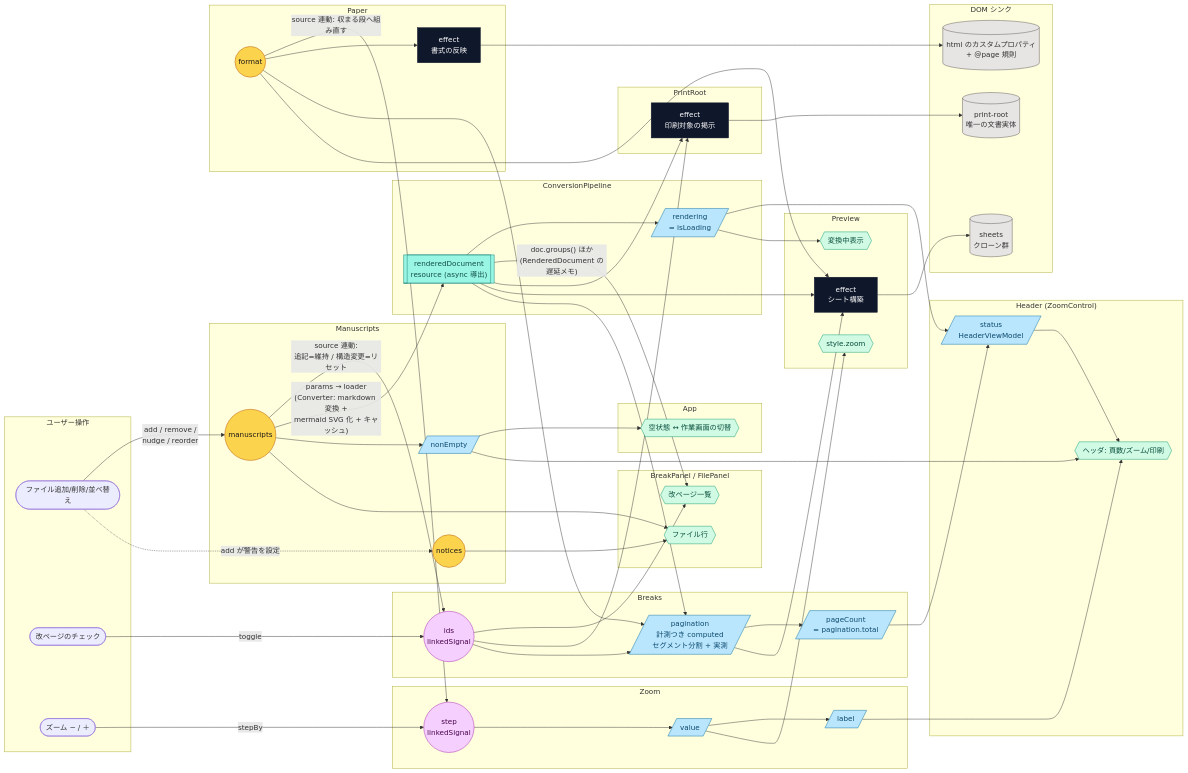
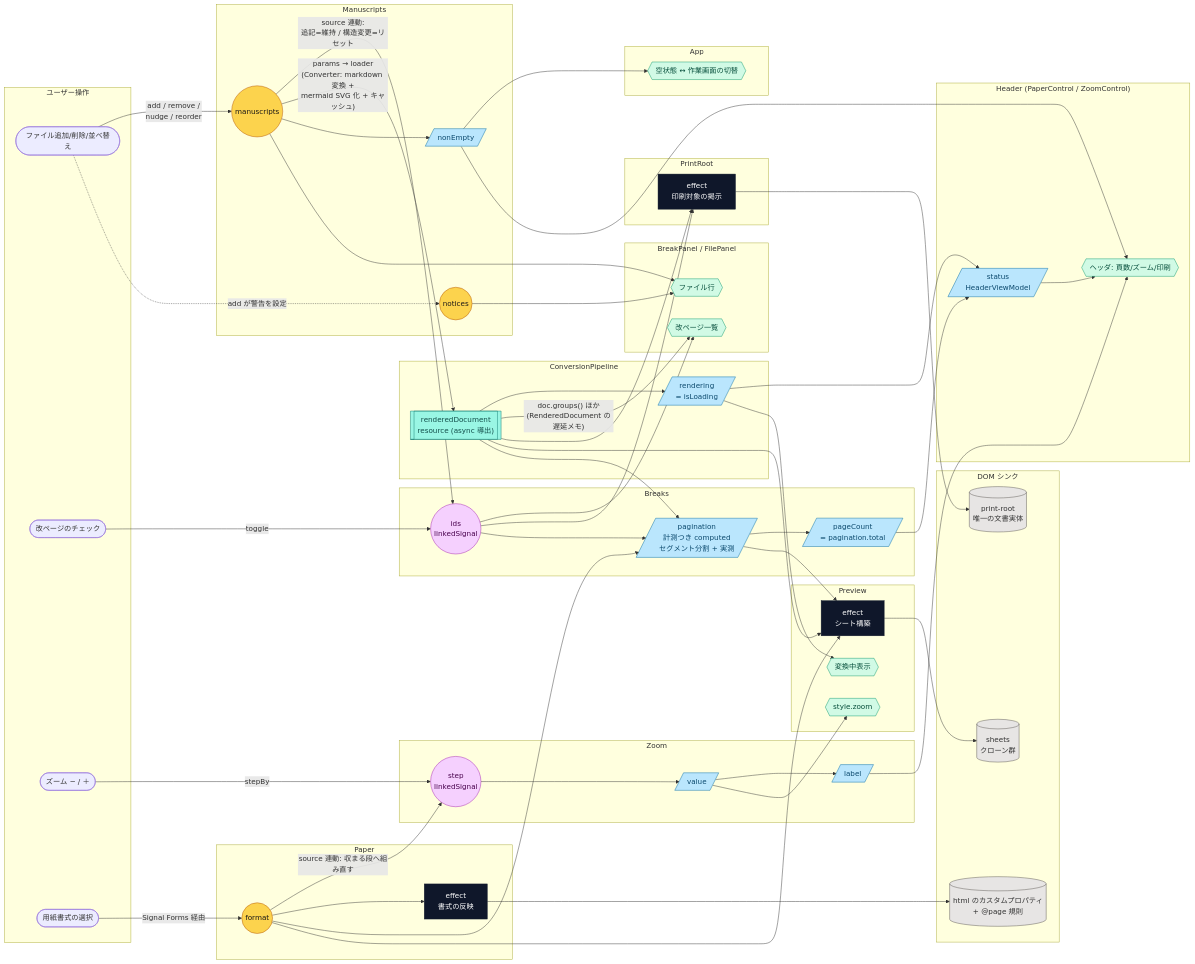
One commit to lacolaco/printmd changed the diagram in docs/signal-graph.md. Above: the diagram before and after it, drawn with Mermaid. The commit also changed other lines of this file and 9 other files, not shown here.

```diff
--- a/docs/signal-graph.md
+++ b/docs/signal-graph.md
@@ -18,6 +18,7 @@
     A1([ファイル追加/削除/並べ替え])
     A2([改ページのチェック])
     A3([ズーム − / ＋])
+    A4([用紙書式の選択])
   end
 
   subgraph ManuscriptsS["Manuscripts"]
@@ -48,7 +49,7 @@
     VC2[/label/]
   end
 
-  subgraph HeaderC["Header (ZoomControl)"]
+  subgraph HeaderC["Header (PaperControl / ZoomControl)"]
     HC1[/status<br/>HeaderViewModel/]
     T1{{ヘッダ: 頁数/ズーム/印刷}}
   end
@@ -82,6 +83,7 @@
   S1 -- "source 連動:<br/>追記=維持 / 構造変更=リセット" --> S2
   A2 -- toggle --> S2
   A3 -- stepBy --> V1
+  A4 -- "Signal Forms 経由" --> S6
   S6 -- "source 連動: 収まる段へ組み直す" --> V1
   S6 --> AE2
   AE2 --> D3
```
